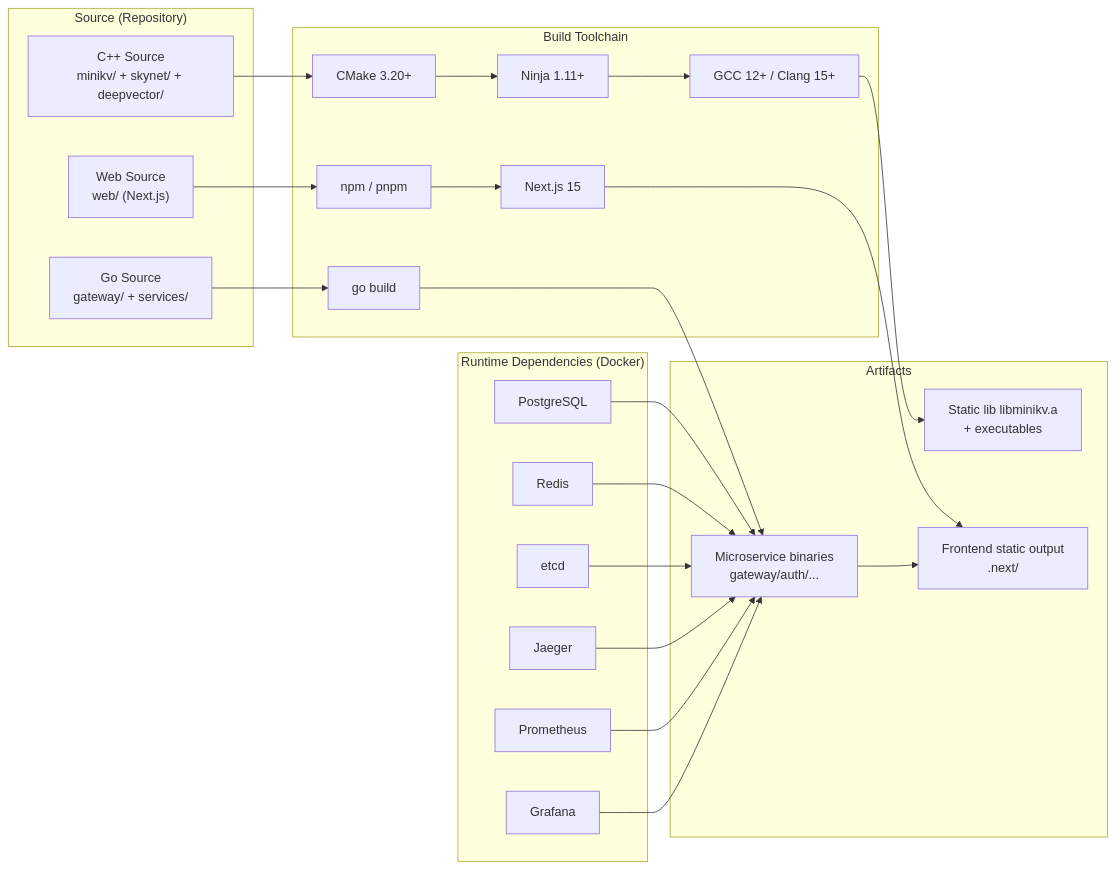
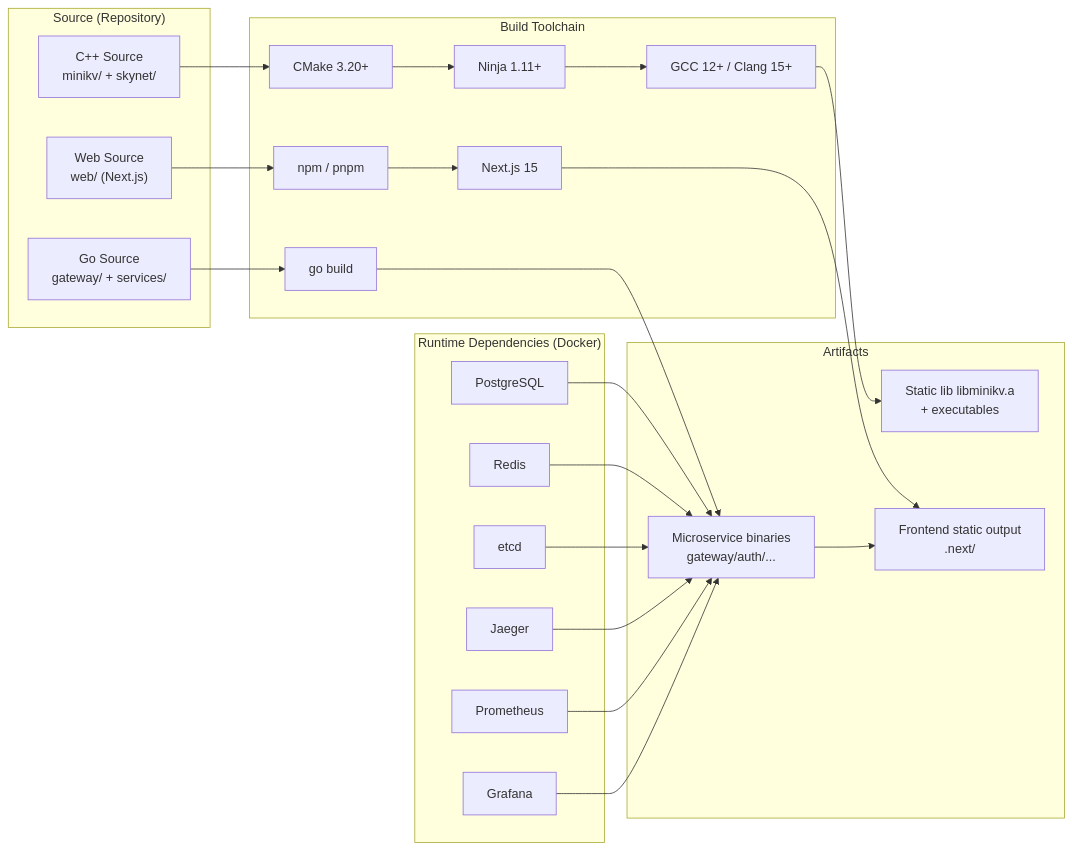
Before and after one commit to Thezx-a/LumenDB: the diagram in docs/course/en/00-setup.md, drawn with Mermaid. The commit also changed other lines of this file and 57 other files, not shown here.

````diff
--- a/docs/course/en/00-setup.md
+++ b/docs/course/en/00-setup.md
@@ -24,40 +24,40 @@
 ```mermaid
 flowchart LR
     subgraph Source["Source (Repository)"]
-        CPP["C++ Source<br/>minikv/ + skynet/ + deepvector/"]
+        CPP["C++ Source<br/>minikv/ + skynet/"]
         GO["Go Source<br/>gateway/ + services/"]
         WEB["Web Source<br/>web/ (Next.js)"]
     end
 
     subgraph Toolchain["Build Toolchain"]
         CMAKE["CMake 3.20+"]
         NINJA["Ninja 1.11+"]
         GCC["GCC 12+ / Clang 15+"]
         GOBUILD["go build"]
         NPM["npm / pnpm"]
         NEXT["Next.js 15"]
     end
 
     subgraph Artifacts["Artifacts"]
         STATIC["Static lib libminikv.a<br/>+ executables"]
         BIN["Microservice binaries<br/>gateway/auth/..."]
         WEBDIST["Frontend static output<br/>.next/"]
     end
 
     subgraph Runtime["Runtime Dependencies (Docker)"]
         PG["PostgreSQL"]
         REDIS["Redis"]
         ETCD["etcd"]
         JAEGER["Jaeger"]
         PROM["Prometheus"]
         GRAF["Grafana"]
     end
 
     CPP --> CMAKE --> NINJA --> GCC --> STATIC
     GO --> GOBUILD --> BIN
     WEB --> NPM --> NEXT --> WEBDIST
 
     PG & REDIS & ETCD --> BIN
     JAEGER & PROM & GRAF --> BIN
     BIN --> WEBDIST
 ```
````
